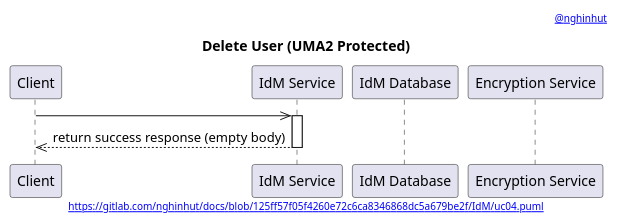
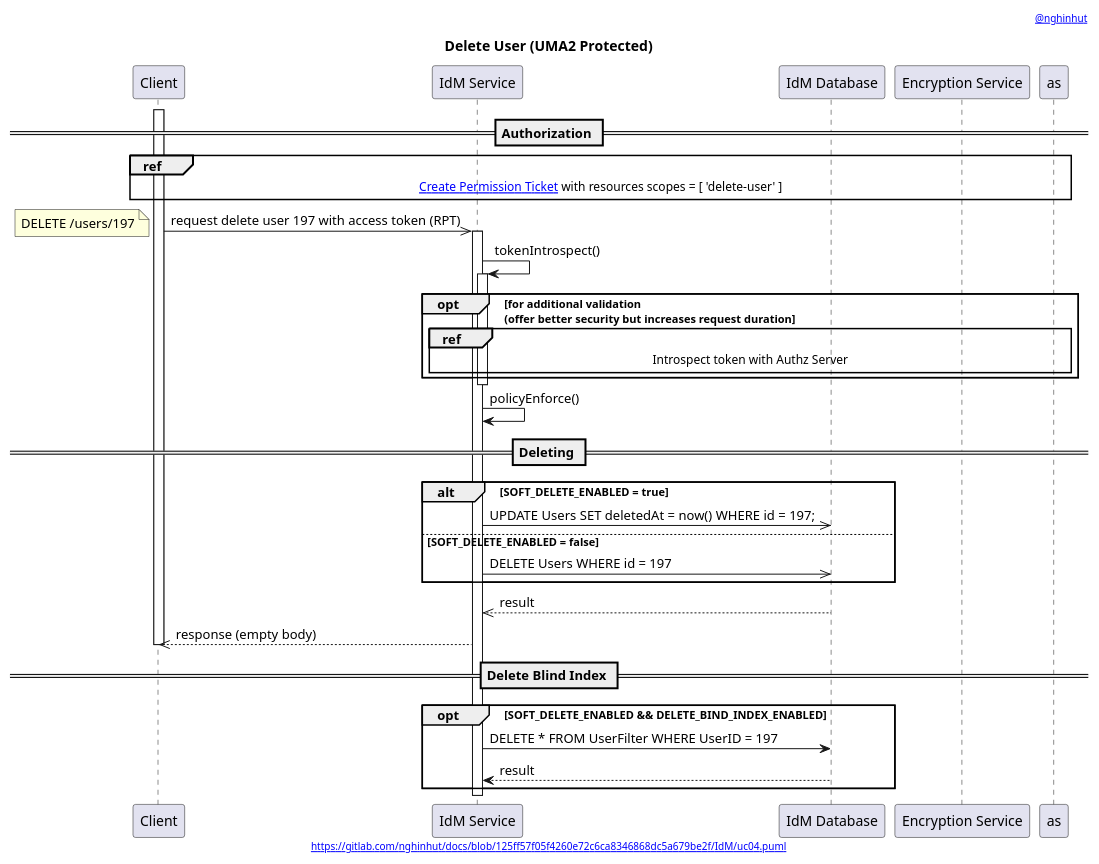
Before and after one commit to nghinhut/docs: the diagram in IdM/uc04.sequence.puml, drawn with PlantUML.

Commit message:
Update diagrams

```diff
--- a/IdM/uc04.sequence.puml
+++ b/IdM/uc04.sequence.puml
@@ -1,22 +1,58 @@
 @startuml
 '-----START auto generated metadata please keep comment here to allow auto update-----
 '-----DON'T EDIT THIS SECTION, INSTEAD RE-RUN prebuild.sh TO UPDATE-----
 header [[https://www.nghinhut.dev?from=http%5C%3A%5C%2F%5C%2Fwww%5C.plantuml%5C.com%5C%2Fplantuml%5C%2Fproxy%3Ffmt%3Dsvg%5C%26src%3Dhttps%5C%3A%5C%2F%5C%2Fgitlab%5C.com%5C%2Fnghinhut%5C%2Fdocs%5C%2Fraw%5C%2F125ff57f05f4260e72c6ca8346868dc5a679be2f%5C%2FIdM%5C%2Fuc04%5C.puml%0A @nghinhut]]
 footer [[http://www.plantuml.com/plantuml/proxy?fmt=svg&src=https://gitlab.com/nghinhut/docs/raw/125ff57f05f4260e72c6ca8346868dc5a679be2f/IdM/uc04.puml https://gitlab.com/nghinhut/docs/blob/125ff57f05f4260e72c6ca8346868dc5a679be2f/IdM/uc04.puml]]
 '-----END auto generated metadata please keep comment here to allow auto update-----
 title Delete User (UMA2 Protected)
 
 participant "Client" as client
 participant "IdM Service" as idm
 participant "IdM Database" as db
 participant "Encryption Service" as es
 
-client ->> idm
+== Authorization ==
+activate client
+ref over client, idm, as
+    [[$BASE_URL/create-permission-ticket.function.puml{} Create Permission Ticket]] with resources scopes = [ 'delete-user' ]
+end
+
+{start_d1} client ->> idm : request delete user 197 with access token (RPT)
+note left
+    DELETE /users/197
+end note
+
 activate idm
+idm -> idm : tokenIntrospect()
+activate idm
+    opt for additional validation\n(offer better security but increases request duration
+        ref over idm, as
+            Introspect token with Authz Server
+        end
+    end
+deactivate idm
 
 
+idm -> idm : policyEnforce()
 
-client <<-- idm : return success response (empty body)
+== Deleting ==
+alt SOFT_DELETE_ENABLED = true
+    idm ->> db : UPDATE Users SET deletedAt = now() WHERE id = 197;
+else SOFT_DELETE_ENABLED = false
+    idm ->> db : DELETE Users WHERE id = 197
+end
+idm <<-- db : result
+
+client <<-- idm : response (empty body)
+deactivate client
+
+== Delete Blind Index ==
+opt SOFT_DELETE_ENABLED && DELETE_BIND_INDEX_ENABLED
+    idm -> db : DELETE * FROM UserFilter WHERE UserID = 197
+    idm <-- db : result
+end
+
 deactivate idm
 
+
 @enduml
```
